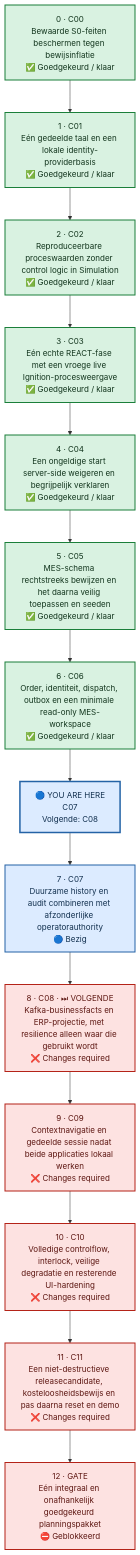
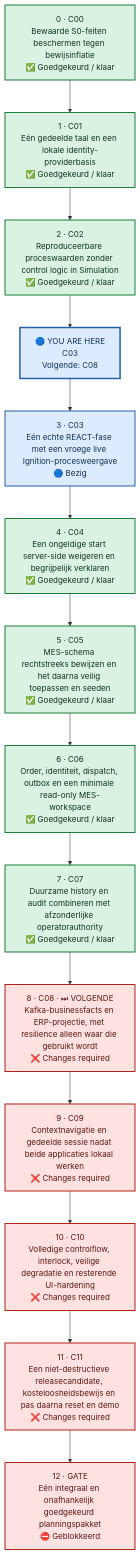
The second of 2 diagrams in README.md (Jandesch91/n1-bioforge-requirements-cockpit), drawn with Mermaid before and after one commit. The commit also changed other lines of this file and 3 other files, not shown here.

````diff
--- a/README.md
+++ b/README.md
@@ -50,41 +50,41 @@
 ```mermaid
 %%{init: {"flowchart": {"curve": "linear", "nodeSpacing": 55, "rankSpacing": 65, "htmlLabels": true}}}%%
 flowchart TB
     %% One vertical lane: order is explicit and no dependency arrows cross.
     chunk_0["0 · C00<br/>Bewaarde S0-feiten beschermen tegen bewijsinflatie<br/>✅ Goedgekeurd / klaar"]
     chunk_1["1 · C01<br/>Eén gedeelde taal en een lokale identity-providerbasis<br/>✅ Goedgekeurd / klaar"]
     chunk_2["2 · C02<br/>Reproduceerbare proceswaarden zonder control logic in Simulation<br/>✅ Goedgekeurd / klaar"]
-    chunk_3["3 · C03<br/>Eén echte REACT-fase met een vroege live Ignition-procesweergave<br/>✅ Goedgekeurd / klaar"]
+    chunk_3["3 · C03<br/>Eén echte REACT-fase met een vroege live Ignition-procesweergave<br/>🔵 Bezig"]
     chunk_4["4 · C04<br/>Een ongeldige start server-side weigeren en begrijpelijk verklaren<br/>✅ Goedgekeurd / klaar"]
     chunk_5["5 · C05<br/>MES-schema rechtstreeks bewijzen en het daarna veilig toepassen en seeden<br/>✅ Goedgekeurd / klaar"]
     chunk_6["6 · C06<br/>Order, identiteit, dispatch, outbox en een minimale read-only MES-workspace<br/>✅ Goedgekeurd / klaar"]
-    chunk_7["7 · C07<br/>Duurzame history en audit combineren met afzonderlijke operatorauthority<br/>🔵 Bezig"]
+    chunk_7["7 · C07<br/>Duurzame history en audit combineren met afzonderlijke operatorauthority<br/>✅ Goedgekeurd / klaar"]
     chunk_8["8 · C08 · ⏭ VOLGENDE<br/>Kafka-businessfacts en ERP-projectie, met resilience alleen waar die gebruikt wordt<br/>❌ Changes required"]
     chunk_9["9 · C09<br/>Contextnavigatie en gedeelde sessie nadat beide applicaties lokaal werken<br/>❌ Changes required"]
     chunk_10["10 · C10<br/>Volledige controlflow, interlock, veilige degradatie en resterende UI-hardening<br/>❌ Changes required"]
     chunk_11["11 · C11<br/>Een niet-destructieve releasecandidate, kosteloosheidsbewijs en pas daarna reset en demo<br/>❌ Changes required"]
     chunk_12["12 · GATE<br/>Eén integraal en onafhankelijk goedgekeurd planningspakket<br/>⛔ Geblokkeerd"]
-    current_marker["🔵 YOU ARE HERE<br/>C07<br/>Volgende: C08"]
-    chunk_0 --> chunk_1 --> chunk_2 --> chunk_3 --> chunk_4 --> chunk_5 --> chunk_6 --> current_marker --> chunk_7 --> chunk_8 --> chunk_9 --> chunk_10 --> chunk_11 --> chunk_12
+    current_marker["🔵 YOU ARE HERE<br/>C03<br/>Volgende: C08"]
+    chunk_0 --> chunk_1 --> chunk_2 --> current_marker --> chunk_3 --> chunk_4 --> chunk_5 --> chunk_6 --> chunk_7 --> chunk_8 --> chunk_9 --> chunk_10 --> chunk_11 --> chunk_12
     classDef approved fill:#D9F2E1,stroke:#1B7F3A,color:#12351D,stroke-width:2px
     classDef inprogress fill:#DCEBFF,stroke:#2463A6,color:#12304F,stroke-width:2px
     classDef human fill:#FFF2BF,stroke:#A66B00,color:#4D3300,stroke-width:2px
     classDef changes fill:#FDE2E1,stroke:#B42318,color:#5D1712,stroke-width:2px
     classDef blocked fill:#FDE2E1,stroke:#B42318,color:#5D1712,stroke-width:2px
     classDef notstarted fill:#F2F4F7,stroke:#667085,color:#344054,stroke-width:2px
     classDef current fill:#DCEBFF,stroke:#2463A6,color:#12304F,stroke-width:3px
     class chunk_0 approved
     class chunk_1 approved
     class chunk_2 approved
-    class chunk_3 approved
+    class chunk_3 inprogress
     class chunk_4 approved
     class chunk_5 approved
     class chunk_6 approved
-    class chunk_7 inprogress
+    class chunk_7 approved
     class chunk_8 changes
     class chunk_9 changes
     class chunk_10 changes
     class chunk_11 changes
     class chunk_12 blocked
     class current_marker current
 ```
````
